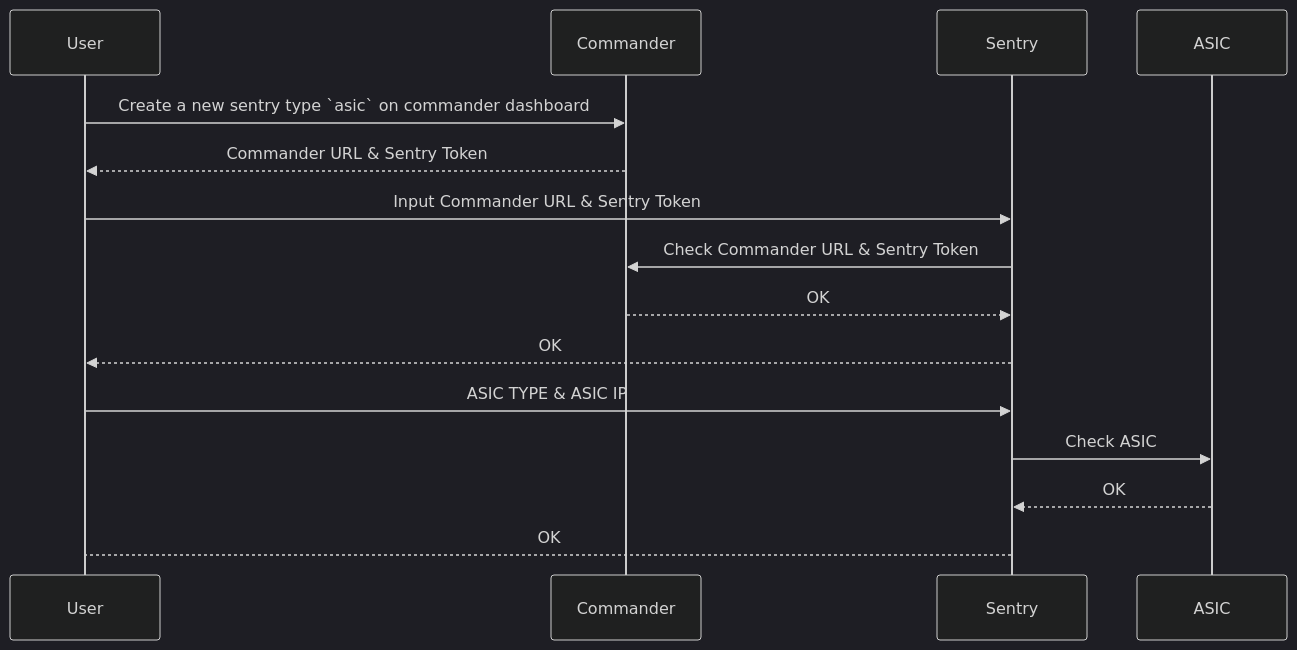
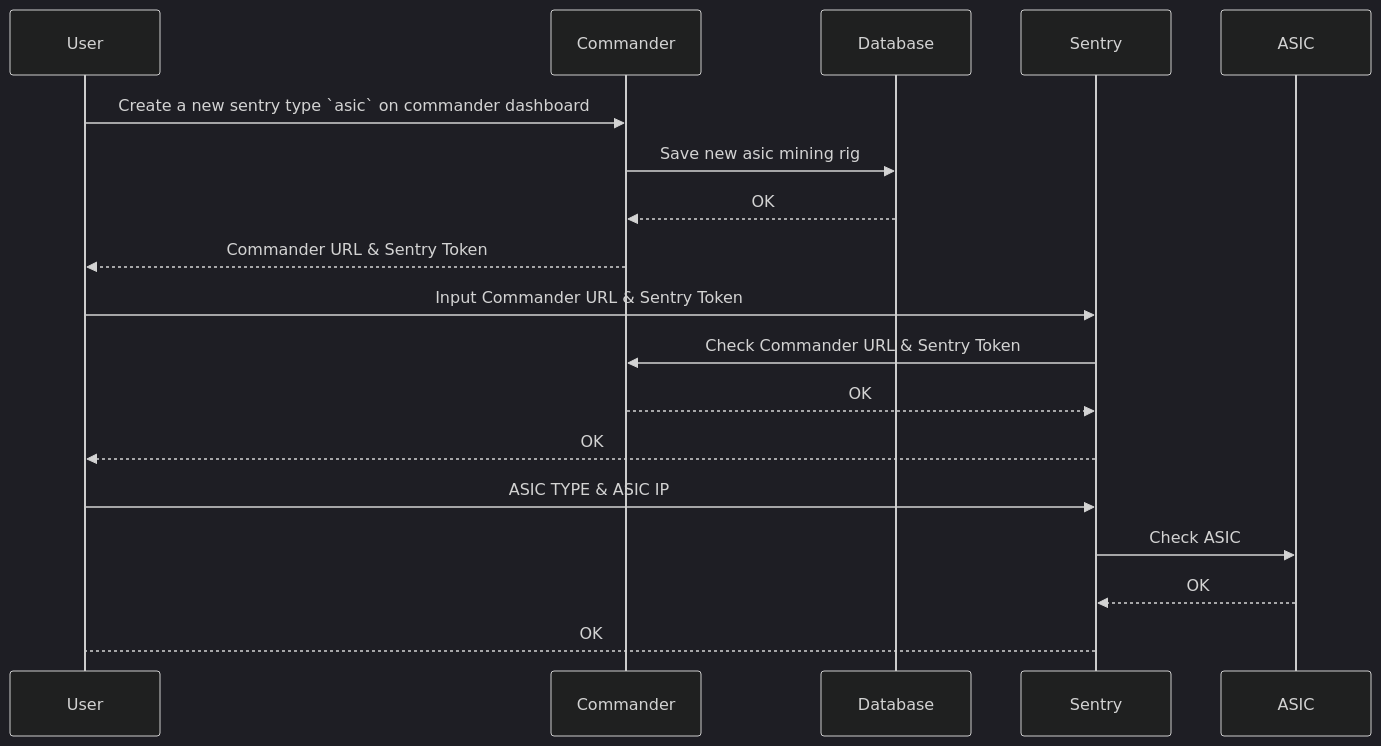
Before and after one commit to nguyenvinhlinh/Mining-Rig-Monitor-Document: the seventh of 12 diagrams in docs/index.md, drawn with Mermaid (dark theme). The commit also changed other lines of this file, not shown here.

Commit message:
add feature diagrams.

````diff
--- a/docs/index.md
+++ b/docs/index.md
@@ -139,17 +194,19 @@
 ```mermaid
 sequenceDiagram
     User ->> Commander: Create a new sentry type `asic` on commander dashboard
+    Commander ->> Database: Save new asic mining rig
+    Database -->> Commander: OK
     Commander -->> User: Commander URL & Sentry Token
 
 
     User ->> Sentry: Input Commander URL & Sentry Token
     Sentry->>Commander: Check Commander URL & Sentry Token
     Commander-->>Sentry: OK
     Sentry-->>User: OK
 
     User->>Sentry: ASIC TYPE & ASIC IP
     Sentry->>ASIC: Check ASIC
     ASIC-->>Sentry: OK
     Sentry-->User: OK
 
 ```
````
